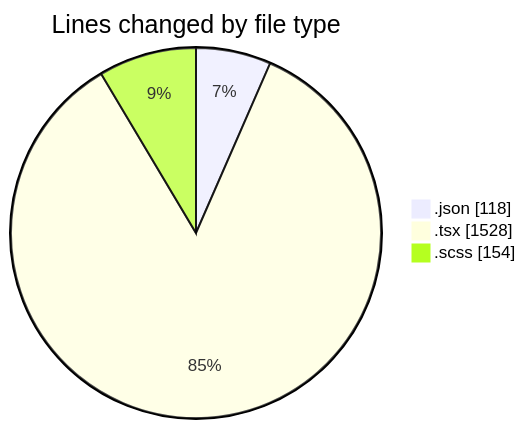
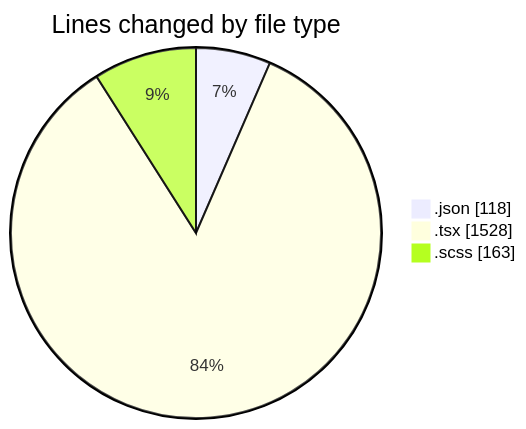
One commit to momahboobian/code-tracking changed the first of 2 diagrams in 2025-11-19/cda/README.md. Above: the diagram before and after it, drawn with Mermaid. The commit also changed other lines of this file and 1 other file, not shown here.

````diff
--- a/2025-11-19/cda/README.md
+++ b/2025-11-19/cda/README.md
@@ -22,7 +22,7 @@
 ```mermaid
 pie showData
 title Lines changed by file type
 ".json" : 118
 ".tsx" : 1528
-".scss" : 154
+".scss" : 163
 ```
````
